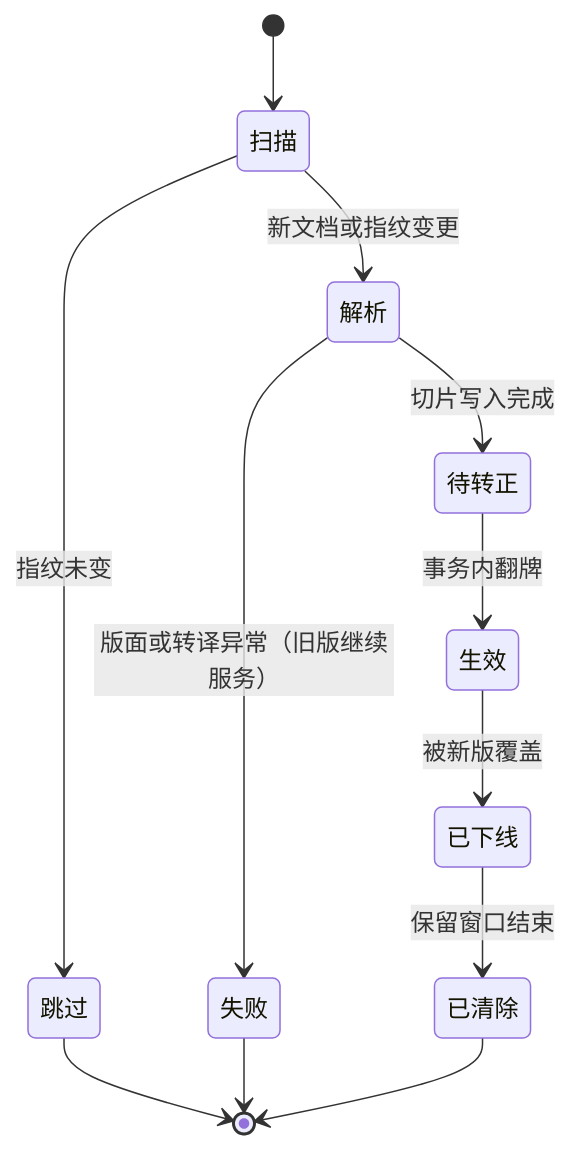
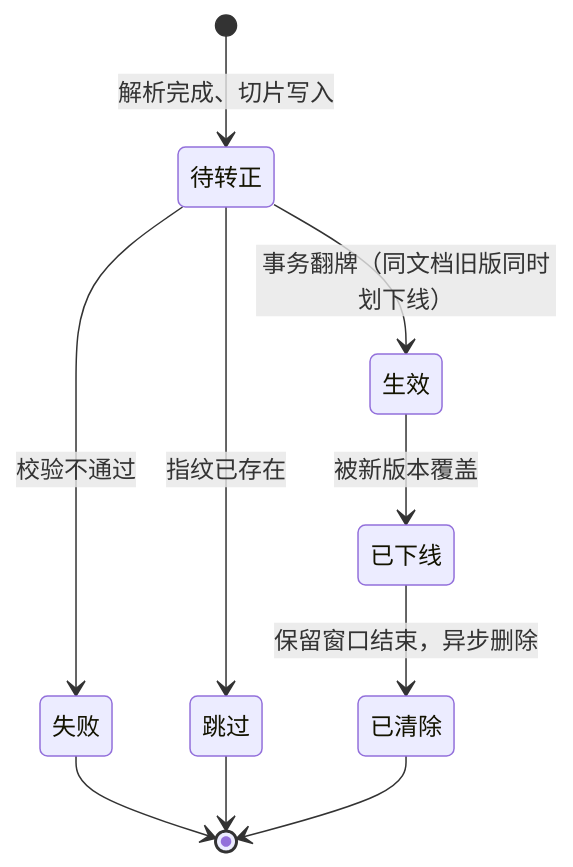
Before and after one commit to kvchen95/ai-rag: the third of 15 diagrams in 详细设计.md, drawn with Mermaid. The commit also changed other lines of this file, not shown here.

Commit message:
docs: 重写详细设计文档，按架构图集与概要设计细化

````diff
--- a/详细设计.md
+++ b/详细设计.md
@@ -241,14 +64,12 @@
 ```mermaid
 stateDiagram-v2
-    [*] --> 扫描
-    扫描 --> 跳过: 指纹未变
-    扫描 --> 解析: 新文档或指纹变更
-    解析 --> 失败: 版面或转译异常（旧版继续服务）
-    解析 --> 待转正: 切片写入完成
-    待转正 --> 生效: 事务内翻牌
-    生效 --> 已下线: 被新版覆盖
-    已下线 --> 已清除: 保留窗口结束
+    [*] --> 待转正: 解析完成、切片写入
+    待转正 --> 生效: 事务翻牌（同文档旧版同时划下线）
+    生效 --> 已下线: 被新版本覆盖
+    已下线 --> 已清除: 保留窗口结束，异步删除
+    待转正 --> 失败: 校验不通过
+    失败 --> [*]
+    待转正 --> 跳过: 指纹已存在
     跳过 --> [*]
-    失败 --> [*]
     已清除 --> [*]
 ```
````
